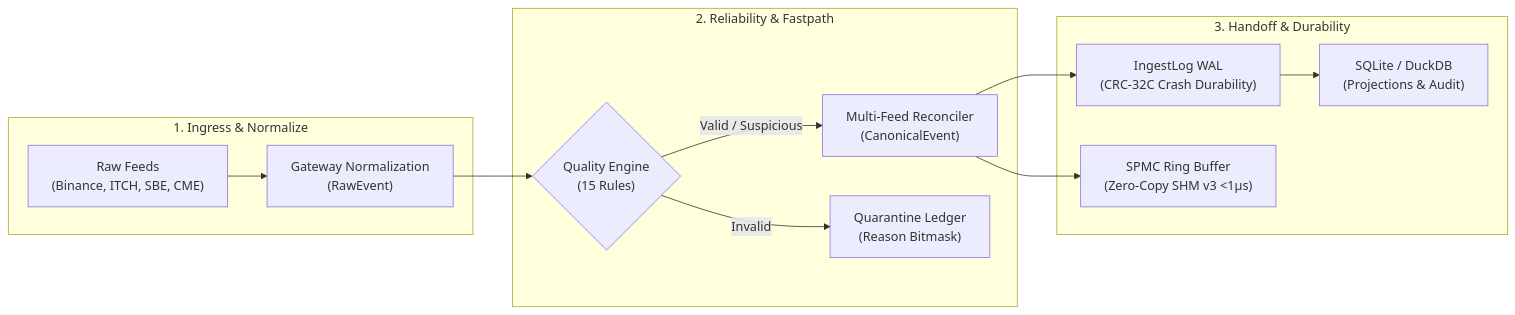
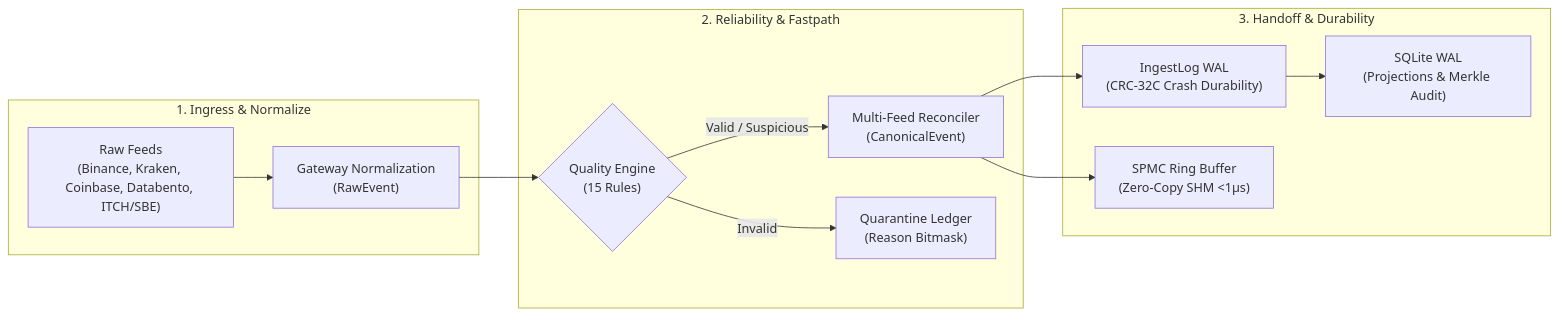
Before and after one commit to Aryan-20-04/mdrap: the diagram in README.md, drawn with Mermaid. The commit also changed other lines of this file and 294 other files, not shown here.

Commit message:
release(6.0.8): clean architecture pruning snapshot from origin/main

````diff
--- a/README.md
+++ b/README.md
@@ -42,16 +42,16 @@
 ```mermaid
 flowchart LR
     subgraph Ingress ["1. Ingress & Normalize"]
-        A["Raw Feeds\n(Binance, ITCH, SBE, CME)"] --> B["Gateway Normalization\n(RawEvent)"]
+        A["Raw Feeds\n(Binance, Kraken, Coinbase, Databento, ITCH/SBE)"] --> B["Gateway Normalization\n(RawEvent)"]
     end
     subgraph Core ["2. Reliability & Fastpath"]
         B --> C{"Quality Engine\n(15 Rules)"}
         C -->|Valid / Suspicious| D["Multi-Feed Reconciler\n(CanonicalEvent)"]
         C -->|Invalid| Q["Quarantine Ledger\n(Reason Bitmask)"]
     end
     subgraph Handoff ["3. Handoff & Durability"]
         D --> E["IngestLog WAL\n(CRC-32C Crash Durability)"]
-        D --> F["SPMC Ring Buffer\n(Zero-Copy SHM v3 <1µs)"]
-        E --> G["SQLite / DuckDB\n(Projections & Audit)"]
+        D --> F["SPMC Ring Buffer\n(Zero-Copy SHM <1µs)"]
+        E --> G["SQLite WAL\n(Projections & Merkle Audit)"]
     end
 ```
````
